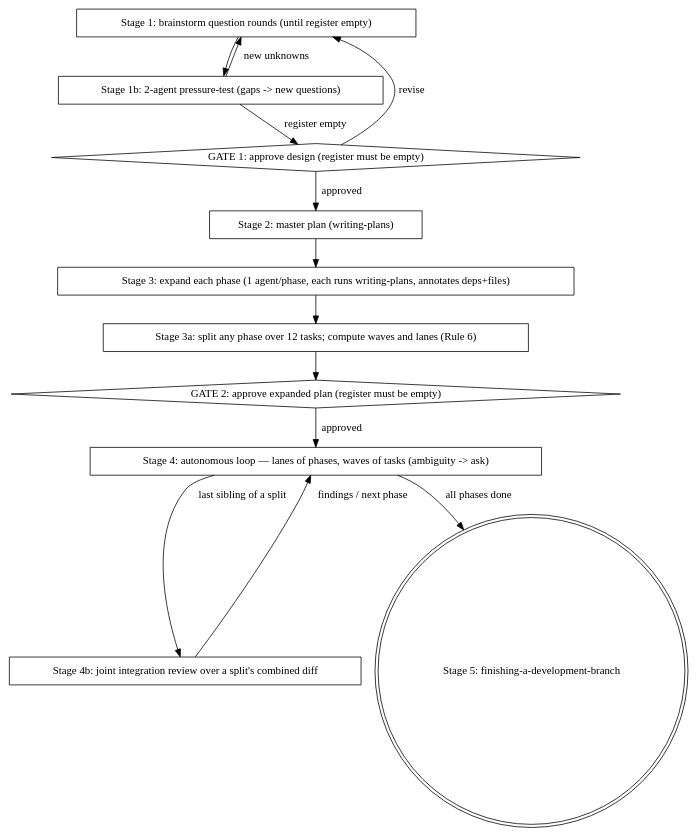
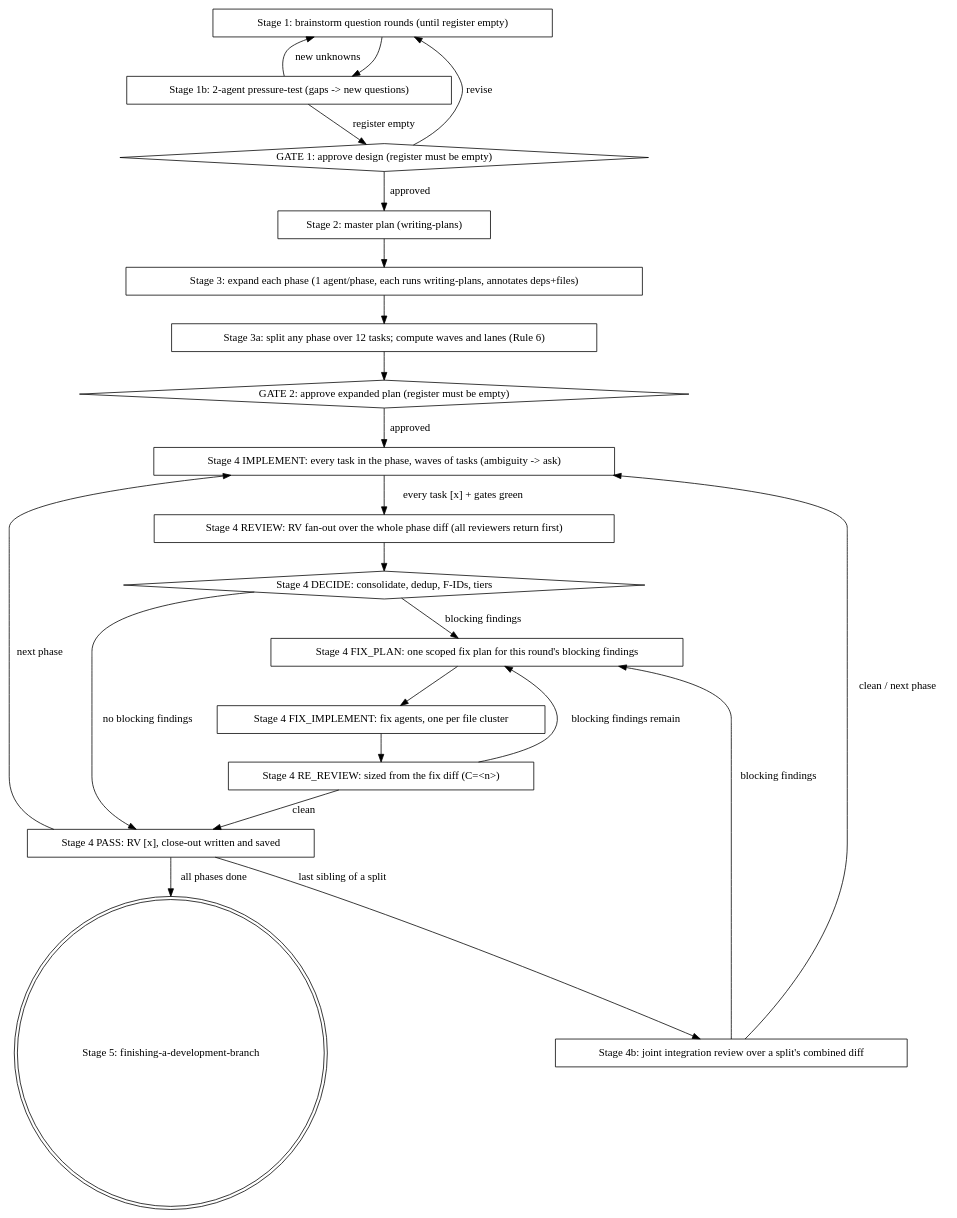
One commit to kardebadas/claude-plugin changed the diagram in plugins/superb/skills/pipeline/SKILL.md. Above: the diagram before and after it, drawn with Graphviz. The commit also changed other lines of this file and 1 other file, not shown here.

First line of the commit message:
feat(pipeline): Stage 4 is a per-phase state machine

````diff
--- a/plugins/superb/skills/pipeline/SKILL.md
+++ b/plugins/superb/skills/pipeline/SKILL.md
@@ -531,27 +531,43 @@
 ```dot
 digraph pipeline {
     "Stage 1: brainstorm question rounds (until register empty)" [shape=box];
     "Stage 1b: 2-agent pressure-test (gaps -> new questions)" [shape=box];
     "GATE 1: approve design (register must be empty)" [shape=diamond];
     "Stage 2: master plan (writing-plans)" [shape=box];
     "Stage 3: expand each phase (1 agent/phase, each runs writing-plans, annotates deps+files)" [shape=box];
     "Stage 3a: split any phase over 12 tasks; compute waves and lanes (Rule 6)" [shape=box];
     "GATE 2: approve expanded plan (register must be empty)" [shape=diamond];
-    "Stage 4: autonomous loop — lanes of phases, waves of tasks (ambiguity -> ask)" [shape=box];
+    "Stage 4 IMPLEMENT: every task in the phase, waves of tasks (ambiguity -> ask)" [shape=box];
+    "Stage 4 REVIEW: RV fan-out over the whole phase diff (all reviewers return first)" [shape=box];
+    "Stage 4 DECIDE: consolidate, dedup, F-IDs, tiers" [shape=diamond];
+    "Stage 4 FIX_PLAN: one scoped fix plan for this round's blocking findings" [shape=box];
+    "Stage 4 FIX_IMPLEMENT: fix agents, one per file cluster" [shape=box];
+    "Stage 4 RE_REVIEW: sized from the fix diff (C=<n>)" [shape=box];
+    "Stage 4 PASS: RV [x], close-out written and saved" [shape=box];
     "Stage 4b: joint integration review over a split's combined diff" [shape=box];
     "Stage 5: finishing-a-development-branch" [shape=doublecircle];
 
     "Stage 1: brainstorm question rounds (until register empty)" -> "Stage 1b: 2-agent pressure-test (gaps -> new questions)";
     "Stage 1b: 2-agent pressure-test (gaps -> new questions)" -> "Stage 1: brainstorm question rounds (until register empty)" [label="new unknowns"];
     "Stage 1b: 2-agent pressure-test (gaps -> new questions)" -> "GATE 1: approve design (register must be empty)" [label="register empty"];
     "GATE 1: approve design (register must be empty)" -> "Stage 1: brainstorm question rounds (until register empty)" [label="revise"];
     "GATE 1: approve design (register must be empty)" -> "Stage 2: master plan (writing-plans)" [label="approved"];
     "Stage 2: master plan (writing-plans)" -> "Stage 3: expand each phase (1 agent/phase, each runs writing-plans, annotates deps+files)";
     "Stage 3: expand each phase (1 agent/phase, each runs writing-plans, annotates deps+files)" -> "Stage 3a: split any phase over 12 tasks; compute waves and lanes (Rule 6)";
     "Stage 3a: split any phase over 12 tasks; compute waves and lanes (Rule 6)" -> "GATE 2: approve expanded plan (register must be empty)";
-    "GATE 2: approve expanded plan (register must be empty)" -> "Stage 4: autonomous loop — lanes of phases, waves of tasks (ambiguity -> ask)" [label="approved"];
-    "Stage 4: autonomous loop — lanes of phases, waves of tasks (ambiguity -> ask)" -> "Stage 4b: joint integration review over a split's combined diff" [label="last sibling of a split"];
-    "Stage 4b: joint integration review over a split's combined diff" -> "Stage 4: autonomous loop — lanes of phases, waves of tasks (ambiguity -> ask)" [label="findings / next phase"];
-    "Stage 4: autonomous loop — lanes of phases, waves of tasks (ambiguity -> ask)" -> "Stage 5: finishing-a-development-branch" [label="all phases done"];
+    "GATE 2: approve expanded plan (register must be empty)" -> "Stage 4 IMPLEMENT: every task in the phase, waves of tasks (ambiguity -> ask)" [label="approved"];
+    "Stage 4 IMPLEMENT: every task in the phase, waves of tasks (ambiguity -> ask)" -> "Stage 4 REVIEW: RV fan-out over the whole phase diff (all reviewers return first)" [label="every task [x] + gates green"];
+    "Stage 4 REVIEW: RV fan-out over the whole phase diff (all reviewers return first)" -> "Stage 4 DECIDE: consolidate, dedup, F-IDs, tiers";
+    "Stage 4 DECIDE: consolidate, dedup, F-IDs, tiers" -> "Stage 4 PASS: RV [x], close-out written and saved" [label="no blocking findings"];
+    "Stage 4 DECIDE: consolidate, dedup, F-IDs, tiers" -> "Stage 4 FIX_PLAN: one scoped fix plan for this round's blocking findings" [label="blocking findings"];
+    "Stage 4 FIX_PLAN: one scoped fix plan for this round's blocking findings" -> "Stage 4 FIX_IMPLEMENT: fix agents, one per file cluster";
+    "Stage 4 FIX_IMPLEMENT: fix agents, one per file cluster" -> "Stage 4 RE_REVIEW: sized from the fix diff (C=<n>)";
+    "Stage 4 RE_REVIEW: sized from the fix diff (C=<n>)" -> "Stage 4 FIX_PLAN: one scoped fix plan for this round's blocking findings" [label="blocking findings remain"];
+    "Stage 4 RE_REVIEW: sized from the fix diff (C=<n>)" -> "Stage 4 PASS: RV [x], close-out written and saved" [label="clean"];
+    "Stage 4 PASS: RV [x], close-out written and saved" -> "Stage 4b: joint integration review over a split's combined diff" [label="last sibling of a split"];
+    "Stage 4b: joint integration review over a split's combined diff" -> "Stage 4 FIX_PLAN: one scoped fix plan for this round's blocking findings" [label="blocking findings"];
+    "Stage 4b: joint integration review over a split's combined diff" -> "Stage 4 IMPLEMENT: every task in the phase, waves of tasks (ambiguity -> ask)" [label="clean / next phase"];
+    "Stage 4 PASS: RV [x], close-out written and saved" -> "Stage 4 IMPLEMENT: every task in the phase, waves of tasks (ambiguity -> ask)" [label="next phase"];
+    "Stage 4 PASS: RV [x], close-out written and saved" -> "Stage 5: finishing-a-development-branch" [label="all phases done"];
 }
 ```
````
